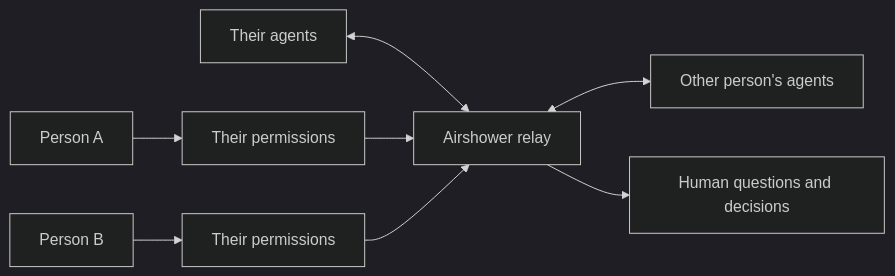
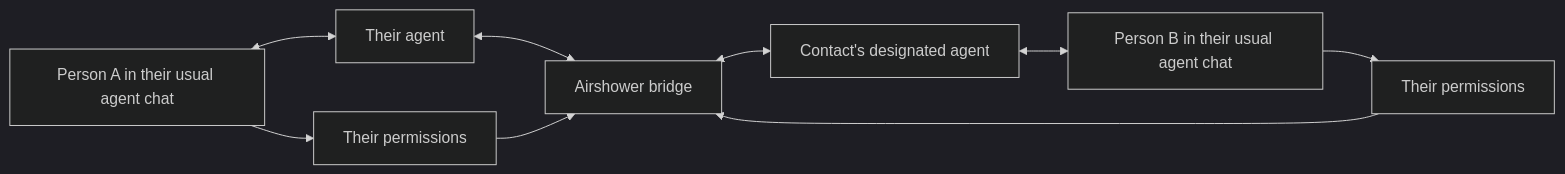
Before and after one commit to waverace-dev/airshower: the diagram in README.md, drawn with Mermaid (dark theme). The commit also changed other lines of this file and 3 other files, not shown here.

Commit message:
Clarify Airshower as an invisible capability for existing agents

````diff
--- a/README.md
+++ b/README.md
@@ -64,10 +74,11 @@
 ```mermaid
 flowchart LR
-    A[Person A] --> AP[Their permissions]
-    AA[Their agents] <--> R[Airshower relay]
-    R <--> BA[Other person's agents]
-    B[Person B] --> BP[Their permissions]
+    A[Person A in their usual agent chat] <--> AA[Their agent]
+    AA <--> R[Airshower bridge]
+    R <--> BA[Contact's designated agent]
+    BA <--> B[Person B in their usual agent chat]
+    A --> AP[Their permissions]
+    B --> BP[Their permissions]
     AP --> R
     BP --> R
-    R --> H[Human questions and decisions]
 ```
````
